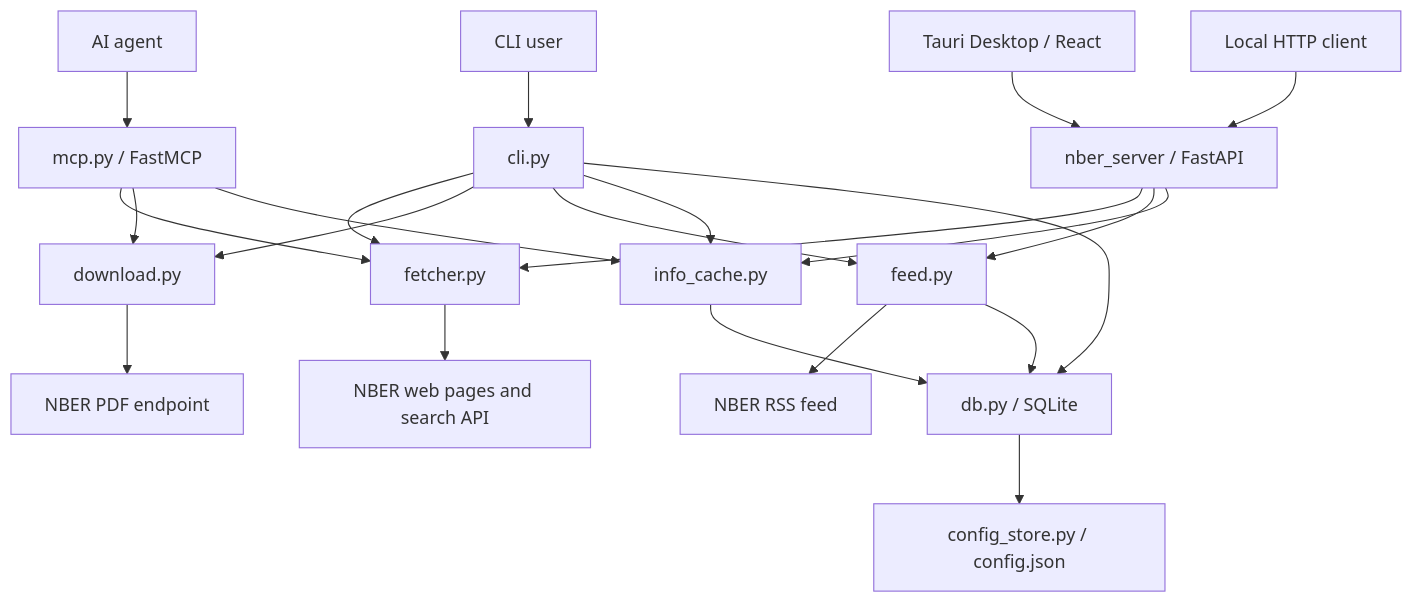
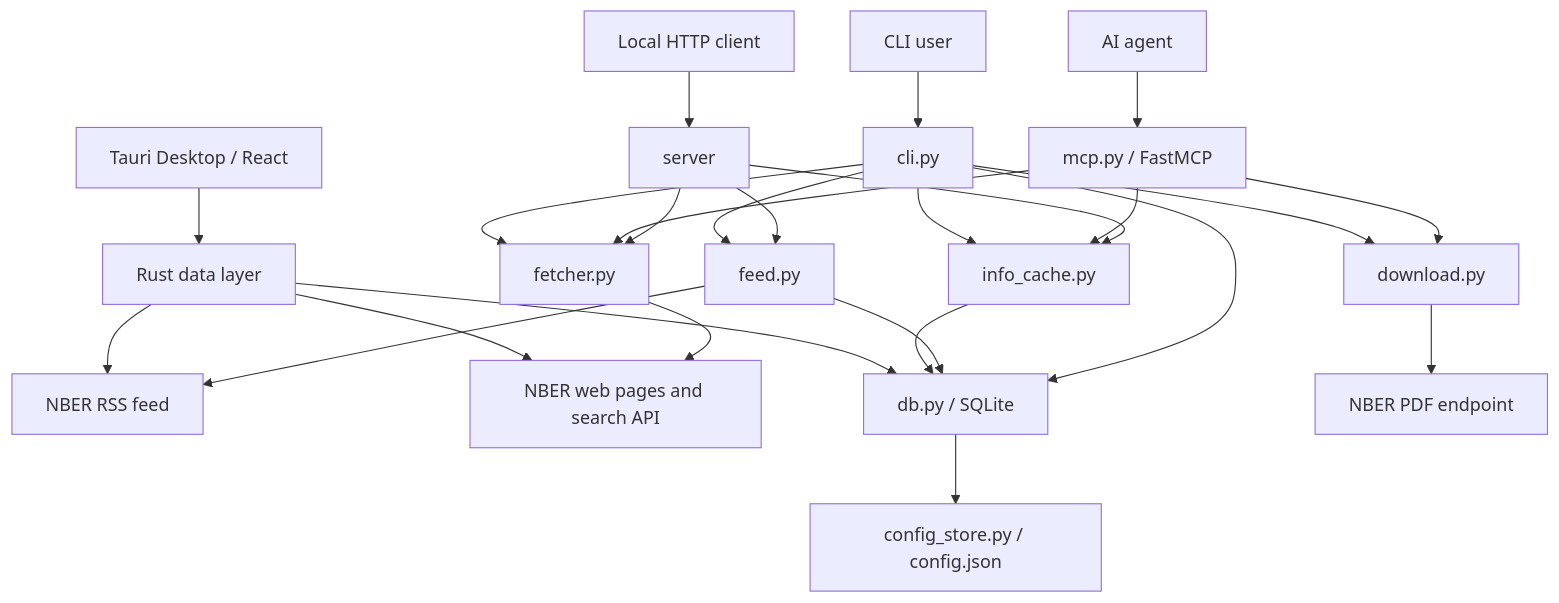
Before and after one commit to SepineTam/NBER-CLI: the diagram in docs/en/architecture.md, drawn with Mermaid. The commit also changed other lines of this file and 65 other files, not shown here.

Commit message:
feat(desktop): replace Python sidecar with native Rust data layer

````diff
--- a/docs/en/architecture.md
+++ b/docs/en/architecture.md
@@ -7,24 +7,27 @@
 ```mermaid
 flowchart TD
     user[CLI user] --> cli[cli.py]
     agent[AI agent] --> mcp[mcp.py / FastMCP]
-    desktop[Tauri Desktop / React] --> server[nber_server / FastAPI]
+    desktop[Tauri Desktop / React] --> native[Rust data layer]
     local[Local HTTP client] --> server
     cli --> fetcher[fetcher.py]
     cli --> download[download.py]
     cli --> feed[feed.py]
     cli --> cache[info_cache.py]
     mcp --> fetcher
     mcp --> download
     mcp --> cache
     server --> fetcher
     server --> feed
     server --> cache
+    native --> rss
+    native --> nber
+    native --> db
     fetcher --> nber[NBER web pages and search API]
     download --> pdf[NBER PDF endpoint]
     feed --> rss[NBER RSS feed]
     cache --> db[db.py / SQLite]
     feed --> db
     cli --> db
     db --> config[config_store.py / config.json]
 ```
````
